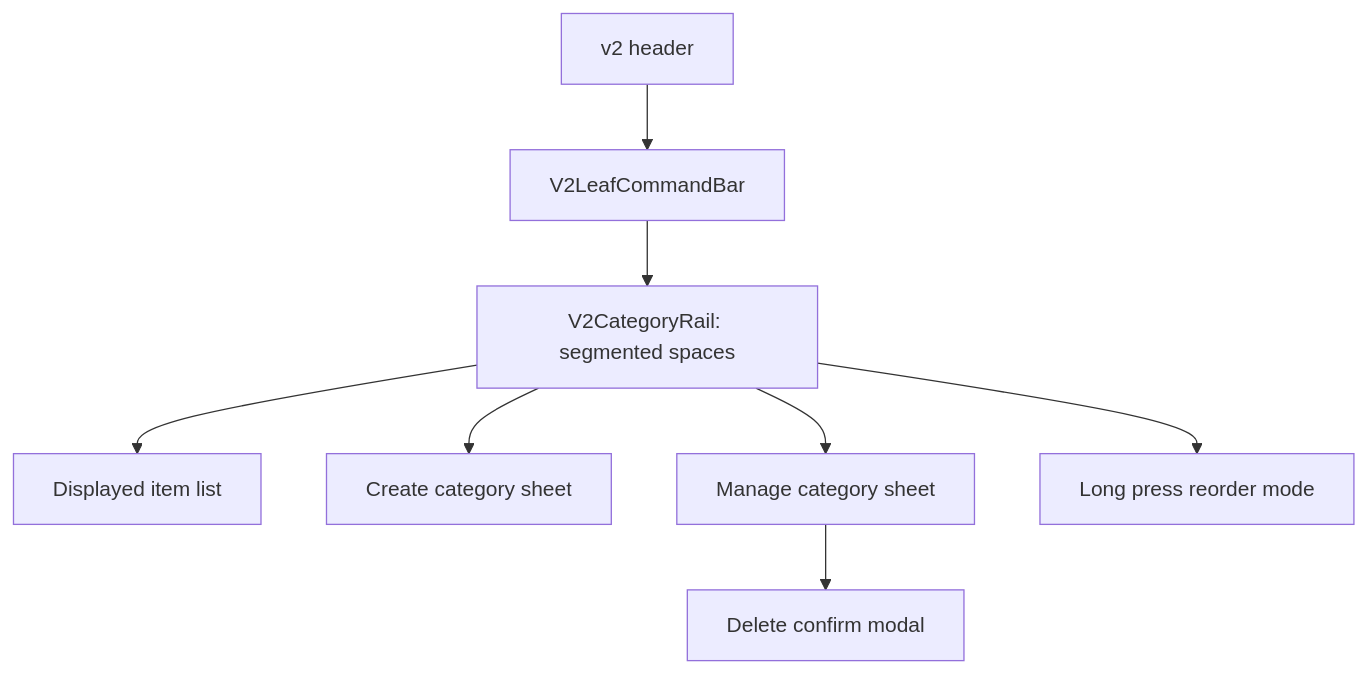
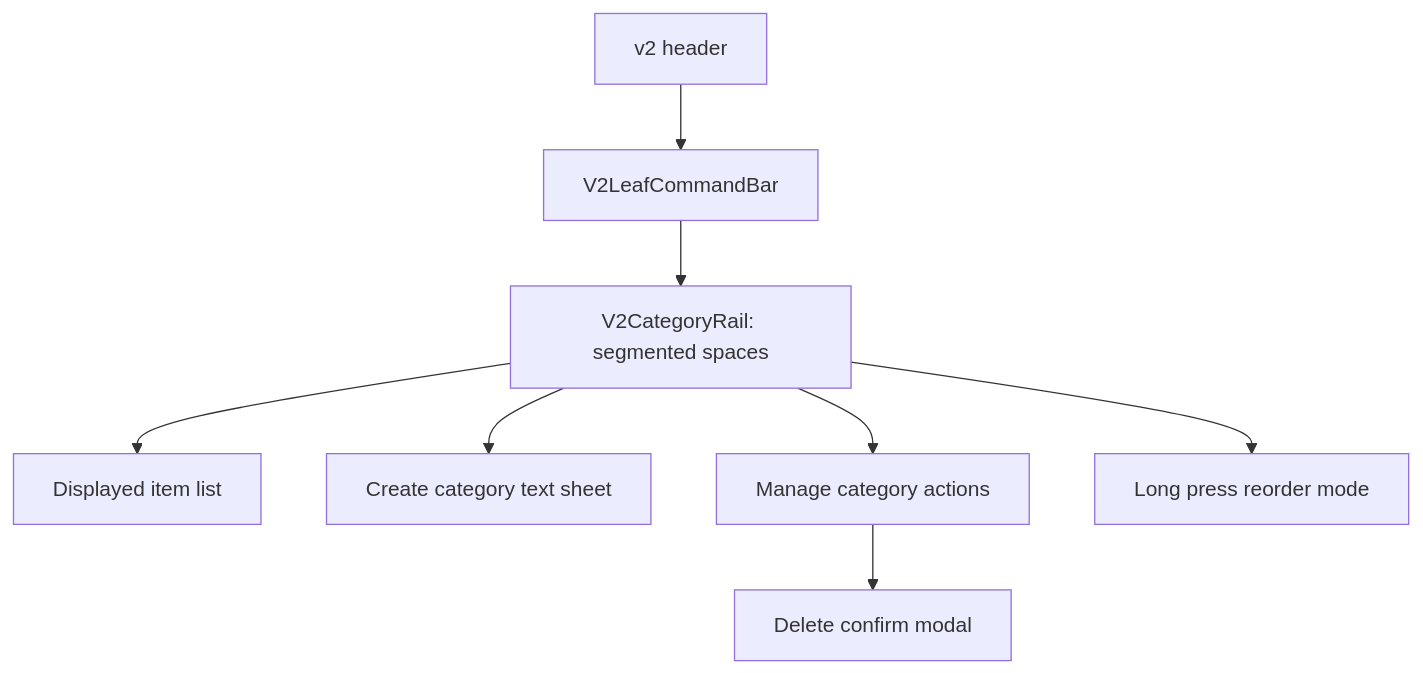
One commit to U-Keun/Tickly changed the second of 2 diagrams in docs/v2-notes/003-category-and-tags-direction.md. Above: the diagram before and after it, drawn with Mermaid. The commit also changed other lines of this file and 41 other files, not shown here.

````diff
--- a/docs/v2-notes/003-category-and-tags-direction.md
+++ b/docs/v2-notes/003-category-and-tags-direction.md
@@ -24,10 +24,10 @@
 ```mermaid
 flowchart TB
   Header["v2 header"] --> Tools["V2LeafCommandBar"]
   Tools --> Rail["V2CategoryRail: segmented spaces"]
   Rail --> List["Displayed item list"]
-  Rail --> Add["Create category sheet"]
-  Rail --> Manage["Manage category sheet"]
+  Rail --> Add["Create category text sheet"]
+  Rail --> Manage["Manage category actions"]
   Rail --> Reorder["Long press reorder mode"]
   Manage --> Confirm["Delete confirm modal"]
 ```
````
